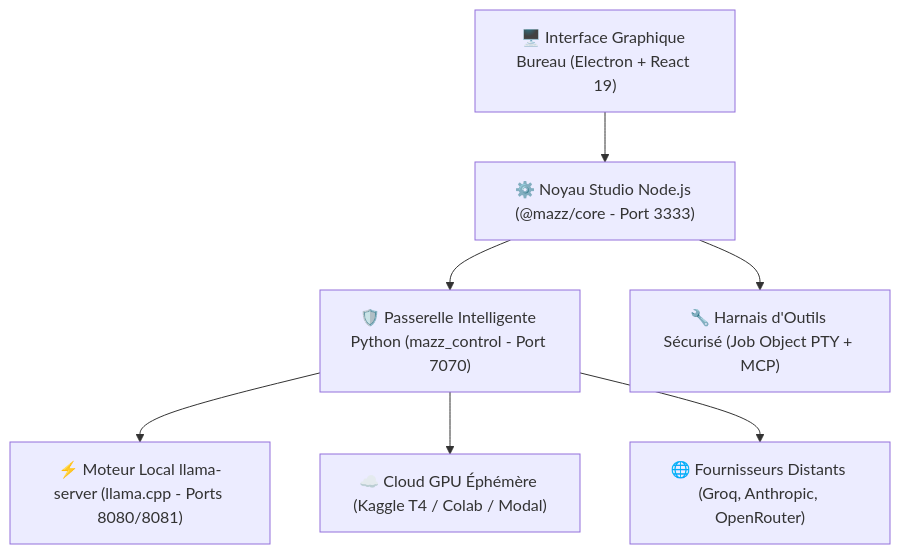
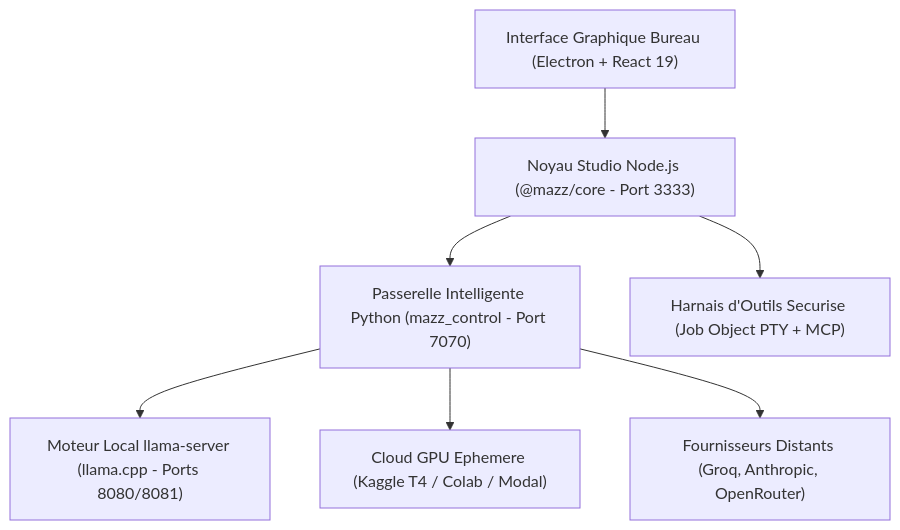
Before and after one commit to mazzadev92/mazz-code: the diagram in README.md, drawn with Mermaid. The commit also changed other lines of this file, not shown here.

````diff
--- a/README.md
+++ b/README.md
@@ -32,17 +67,17 @@
 ```mermaid
 graph TD
-    UI["🖥️ Interface Graphique Bureau (Electron + React 19)"]
-    CORE["⚙️ Noyau Studio Node.js (@mazz/core - Port 3333)"]
-    GATEWAY["🛡️ Passerelle Intelligente Python (mazz_control - Port 7070)"]
-    LOCAL_LLM["⚡ Moteur Local llama-server (llama.cpp - Ports 8080/8081)"]
-    GPU_CLOUD["☁️ Cloud GPU Éphémère (Kaggle T4 / Colab / Modal)"]
-    API_PROVIDERS["🌐 Fournisseurs Distants (Groq, Anthropic, OpenRouter)"]
-    TOOLS["🔧 Harnais d'Outils Sécurisé (Job Object PTY + MCP)"]
+    UI["Interface Graphique Bureau (Electron + React 19)"]
+    CORE["Noyau Studio Node.js (@mazz/core - Port 3333)"]
+    GATEWAY["Passerelle Intelligente Python (mazz_control - Port 7070)"]
+    LOCAL_LLM["Moteur Local llama-server (llama.cpp - Ports 8080/8081)"]
+    GPU_CLOUD["Cloud GPU Ephemere (Kaggle T4 / Colab / Modal)"]
+    API_PROVIDERS["Fournisseurs Distants (Groq, Anthropic, OpenRouter)"]
+    TOOLS["Harnais d'Outils Securise (Job Object PTY + MCP)"]
 
     UI --> CORE
     CORE --> GATEWAY
     CORE --> TOOLS
     GATEWAY --> LOCAL_LLM
     GATEWAY --> GPU_CLOUD
     GATEWAY --> API_PROVIDERS
 ```
````
